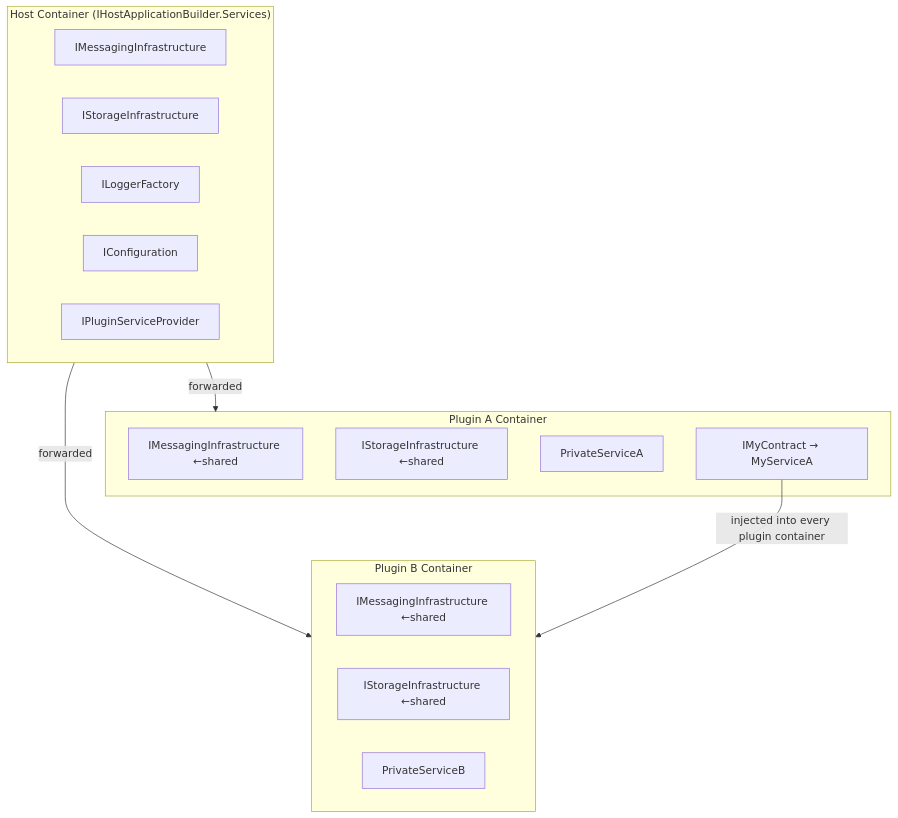
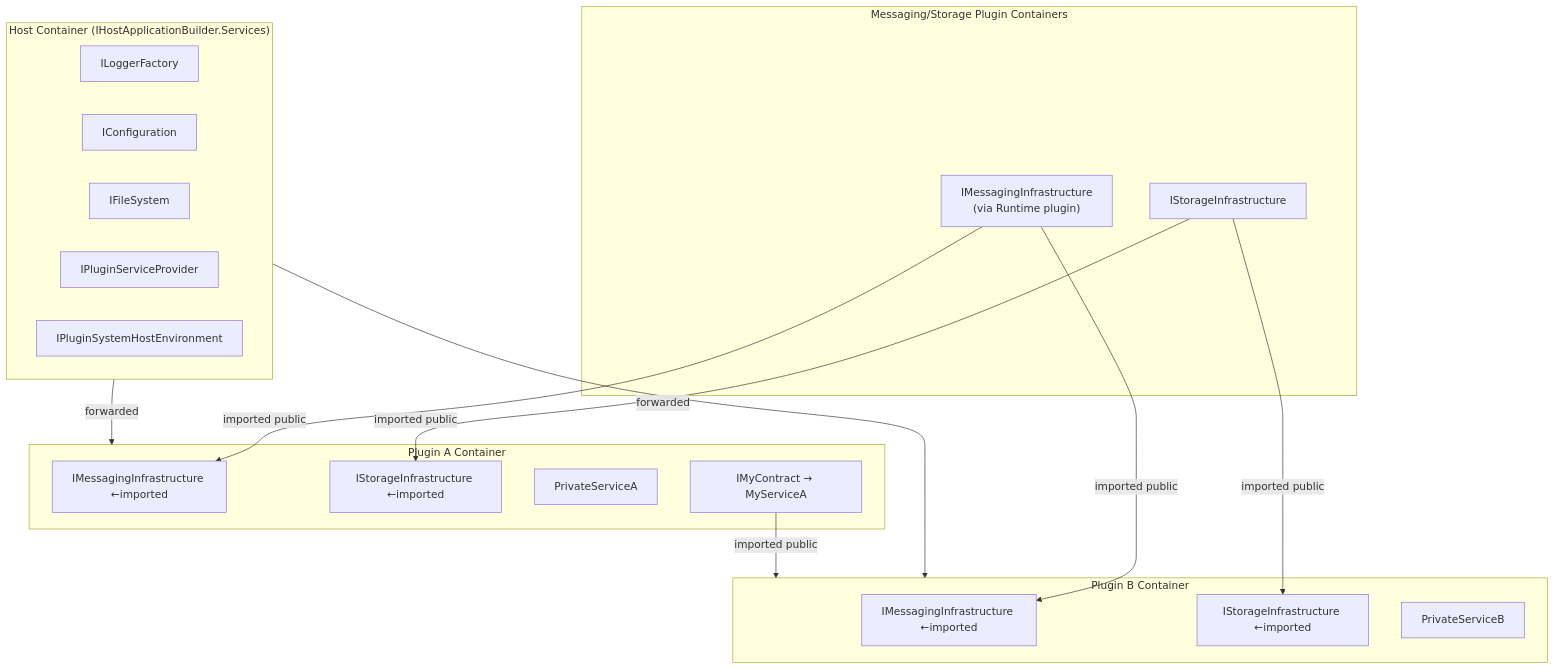
The first of 2 diagrams in docs/plugin-system.md (TRUMPF-IoT/saf), drawn with Mermaid before and after one commit. The commit also changed other lines of this file and 6 other files, not shown here.

Commit message:
Correct docs to match plugin-based infrastructure model

````diff
--- a/docs/plugin-system.md
+++ b/docs/plugin-system.md
@@ -140,28 +140,38 @@
 ```mermaid
 graph TB
     subgraph HOST["Host Container (IHostApplicationBuilder.Services)"]
-        MSG[IMessagingInfrastructure]
-        STO[IStorageInfrastructure]
         LOG[ILoggerFactory]
         CFG[IConfiguration]
+        FS[IFileSystem]
         PSP[IPluginServiceProvider]
+        ENV[IPluginSystemHostEnvironment]
+    end
+
+    subgraph MP["Messaging/Storage Plugin Containers"]
+        MSG["IMessagingInfrastructure\n(via Runtime plugin)"]
+        STO[IStorageInfrastructure]
     end
 
     subgraph PA["Plugin A Container"]
-        MSG_A[IMessagingInfrastructure ←shared]
-        STO_A[IStorageInfrastructure ←shared]
+        MSG_A[IMessagingInfrastructure ←imported]
+        STO_A[IStorageInfrastructure ←imported]
         A_PRIV[PrivateServiceA]
         A_PUB[IMyContract → MyServiceA]
     end
 
     subgraph PB["Plugin B Container"]
-        MSG_B[IMessagingInfrastructure ←shared]
-        STO_B[IStorageInfrastructure ←shared]
+        MSG_B[IMessagingInfrastructure ←imported]
+        STO_B[IStorageInfrastructure ←imported]
         B_PRIV[PrivateServiceB]
     end
 
     HOST -->|forwarded| PA
     HOST -->|forwarded| PB
 
-    A_PUB -->|injected into every plugin container| PB
+    MSG -->|imported public| MSG_A
+    MSG -->|imported public| MSG_B
+    STO -->|imported public| STO_A
+    STO -->|imported public| STO_B
+
+    A_PUB -->|imported public| PB
 ```
````
